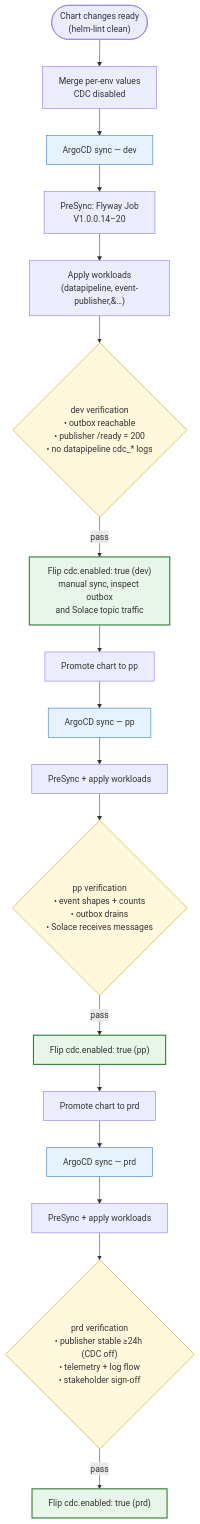
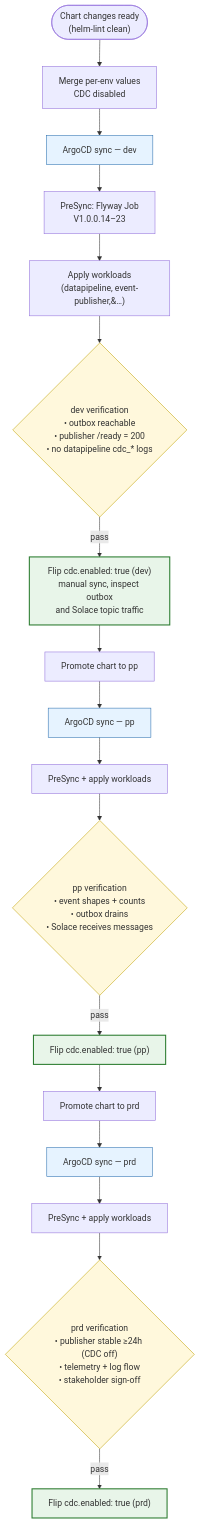
Before and after one commit to joaopires/useful-stuff: the diagram in esl-documentation/phase-2/diagrams/phase2-deployment-flow.mmd, drawn with Mermaid. The commit also changed 18 other files, not shown here.

```diff
--- a/esl-documentation/phase-2/diagrams/phase2-deployment-flow.mmd
+++ b/esl-documentation/phase-2/diagrams/phase2-deployment-flow.mmd
@@ -1,27 +1,27 @@
 flowchart TD
     Start(["Chart changes ready<br/>(helm-lint clean)"]) --> Merge["Merge per-env values<br/>CDC disabled"]
 
     Merge --> SyncDev["ArgoCD sync — dev"]
-    SyncDev --> DevPre["PreSync: Flyway Job<br/>V1.0.0.14–20"]
+    SyncDev --> DevPre["PreSync: Flyway Job<br/>V1.0.0.14–23"]
     DevPre --> DevApp["Apply workloads<br/>(datapipeline, event-publisher,&#8230;)"]
     DevApp --> DevVerify{"dev verification<br/>• outbox reachable<br/>• publisher /ready = 200<br/>• no datapipeline cdc_* logs"}
     DevVerify -- "pass" --> DevFlip["Flip cdc.enabled: true (dev)<br/>manual sync, inspect outbox<br/>and Solace topic traffic"]
 
     DevFlip --> PpPromote["Promote chart to pp"]
     PpPromote --> SyncPp["ArgoCD sync — pp"]
     SyncPp --> PpPre["PreSync + apply workloads"]
     PpPre --> PpVerify{"pp verification<br/>• event shapes + counts<br/>• outbox drains<br/>• Solace receives messages"}
     PpVerify -- "pass" --> PpFlip["Flip cdc.enabled: true (pp)"]
 
     PpFlip --> PrdPromote["Promote chart to prd"]
     PrdPromote --> SyncPrd["ArgoCD sync — prd"]
     SyncPrd --> PrdPre["PreSync + apply workloads"]
     PrdPre --> PrdVerify{"prd verification<br/>• publisher stable ≥24h (CDC off)<br/>• telemetry + log flow<br/>• stakeholder sign-off"}
     PrdVerify -- "pass" --> PrdFlip["Flip cdc.enabled: true (prd)"]
 
     classDef env fill:#e6f3ff,stroke:#2a6fae
     classDef gate fill:#fff8dc,stroke:#c0a000
     classDef flip fill:#e8f5e9,stroke:#2e7d32,stroke-width:2px
     class SyncDev,SyncPp,SyncPrd env
     class DevVerify,PpVerify,PrdVerify gate
     class DevFlip,PpFlip,PrdFlip flip
```
